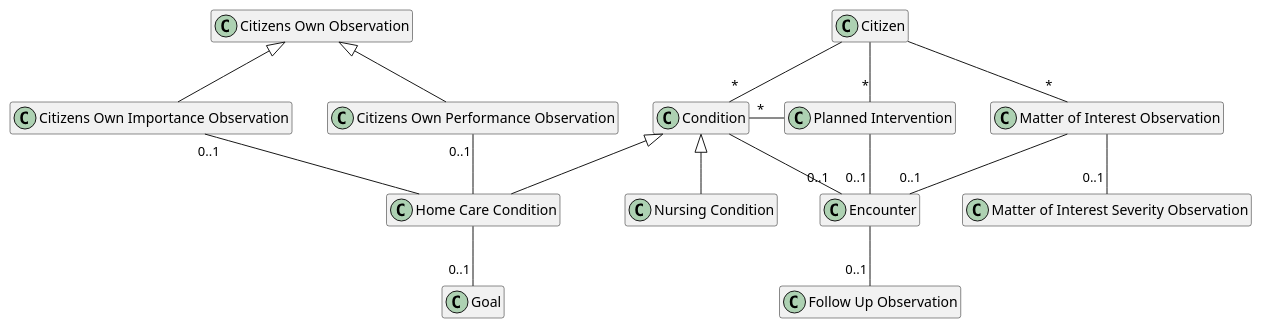
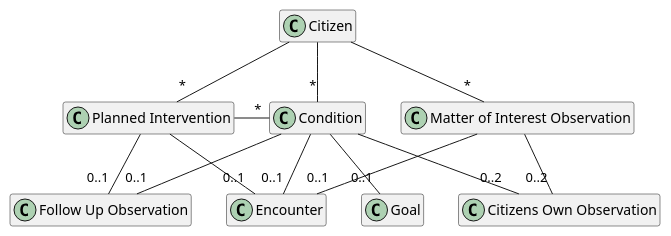
One commit to tmh-mjolner/KLGateway changed the diagram in puml/GatewayModel.puml. Above: the diagram before and after it, drawn with PlantUML. The commit also changed 18 other files, not shown here.

```diff
--- a/puml/GatewayModel.puml
+++ b/puml/GatewayModel.puml
@@ -1,49 +1,39 @@
 @startuml GatewayModel
 
 hide empty members
 
 class "Citizen" as citizen
 class "Condition" as condition
-class "Home Care Condition" as homeCareCondition
-class "Nursing Condition" as nursingCondition
 class "Goal" as goal
 class "Citizens Own Observation" as citizensOwnObservation
-class "Citizens Own Importance Observation" as citizensOwnImportanceObservation
-class "Citizens Own Performance Observation" as citizensOwnPerformanceObservation
 class "Planned Intervention" as carePlannedIntervention
-' class "Home Care Planned Intervention" as homeCarePlannedIntervention
-' class "Nursing Planned Intervention" as nursingPlannedIntervention
 class "Encounter" as encounter
 class "Follow Up Observation" as careFollowUpObservation
 class "Matter of Interest Observation" as matterOfInterestObservation
-class "Matter of Interest Severity Observation" as matterOfInterestSeverityObservation
+' class "Matter of Interest Severity" as matterOfInterestSeverityObservation
 
 citizen --"*" condition
+citizen --"*" matterOfInterestObservation
+citizen --"*" carePlannedIntervention
 
-condition <|-- homeCareCondition
-condition <|-- nursingCondition
+condition --"0..1" goal
+condition --"0..2" citizensOwnObservation
 
-homeCareCondition --"0..1" goal
-
-citizensOwnImportanceObservation "0..1"-- homeCareCondition
-citizensOwnPerformanceObservation "0..1"-- homeCareCondition
-
-citizensOwnObservation <|-- citizensOwnImportanceObservation
-citizensOwnObservation <|-- citizensOwnPerformanceObservation
+matterOfInterestObservation --"0..2" citizensOwnObservation
 
 condition --"0..1" encounter
 
-citizen --"*" carePlannedIntervention
-condition "*"- carePlannedIntervention
-carePlannedIntervention --"0..1" encounter
+carePlannedIntervention -"*" condition
 
-' carePlannedIntervention <|-- homeCarePlannedIntervention
-' carePlannedIntervention <|-- nursingPlannedIntervention
+carePlannedIntervention -"0..1" encounter
 
-encounter --"0..1" careFollowUpObservation
-
-citizen --"*" matterOfInterestObservation
+' encounter -"0..1" careFollowUpObservation
 
 matterOfInterestObservation --"0..1" encounter
-matterOfInterestObservation --"0..1" matterOfInterestSeverityObservation
+' matterOfInterestObservation --"0..1" matterOfInterestSeverityObservation
+
+carePlannedIntervention --"0..1" careFollowUpObservation
+condition --"0..1" careFollowUpObservation
+' matterOfInterestObservation --"0..1" careFollowUpObservation
+
 @enduml
```
